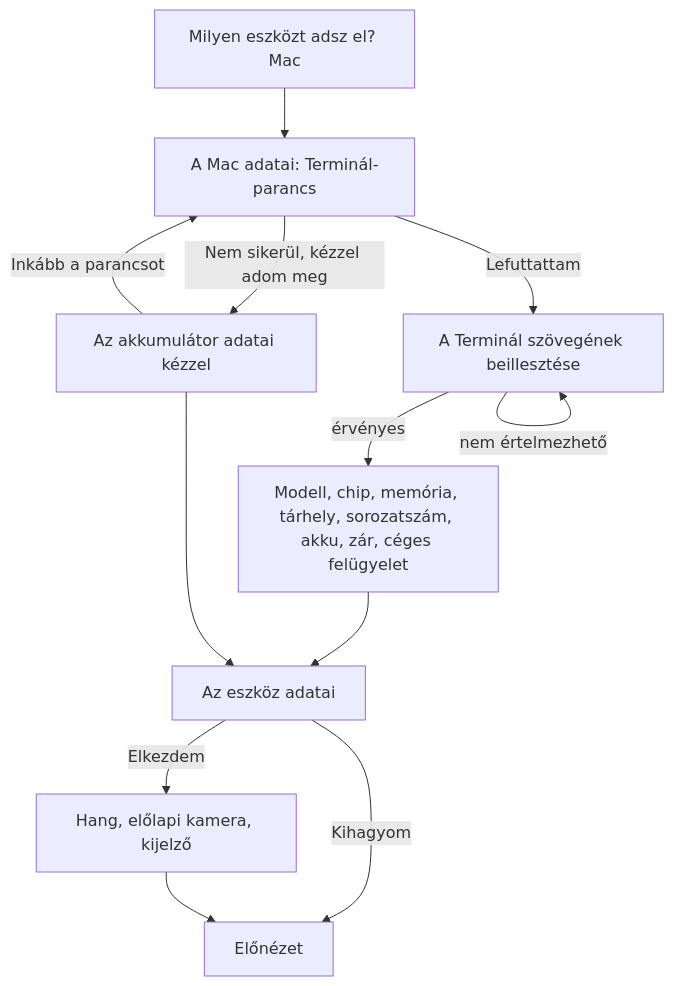
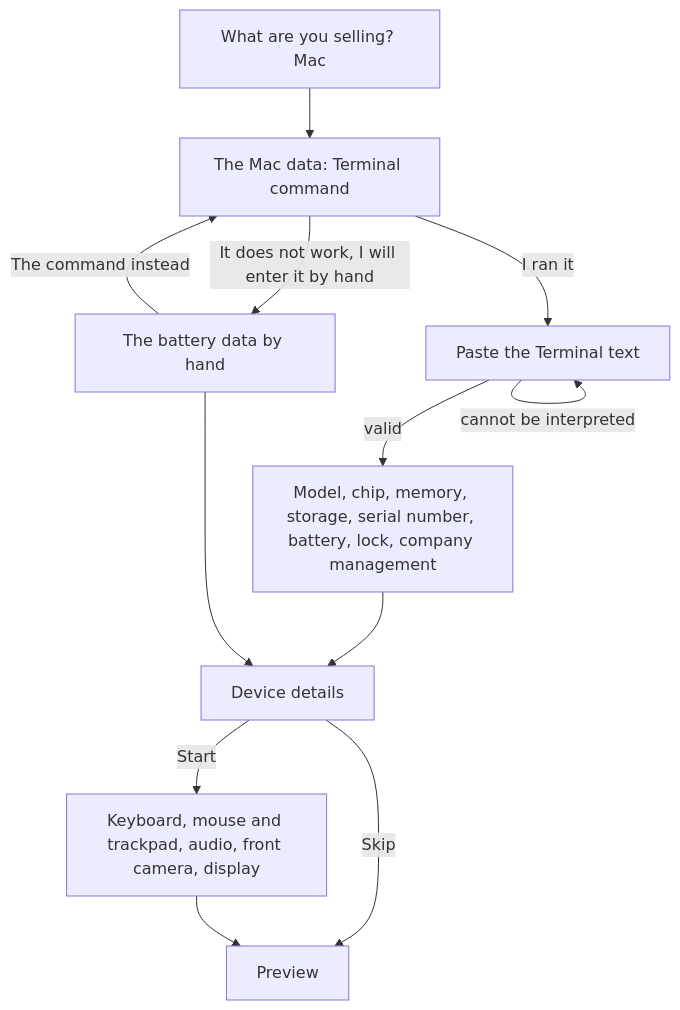
One commit to krisz0722/ipad-audit changed the fifth of 7 diagrams in docs/flows.en.md. Above: the diagram before and after it, drawn with Mermaid. The commit also changed other lines of this file and 1 other file, not shown here.

First line of the commit message:
docs: document the Mac tests and translate the English diagrams

````diff
--- a/docs/flows.en.md
+++ b/docs/flows.en.md
@@ -137,14 +140,14 @@
 ```mermaid
 flowchart TD
-  K["Milyen eszközt adsz el? Mac"] --> MR["A Mac adatai: Terminál-parancs"]
-  MR -->|"Lefuttattam"| MP["A Terminál szövegének beillesztése"]
-  MR -->|"Nem sikerül, kézzel adom meg"| MM["Az akkumulátor adatai kézzel"]
-  MM -->|"Inkább a parancsot"| MR
-  MP -->|"nem értelmezhető"| MP
-  MP -->|"érvényes"| MRES["Modell, chip, memória, tárhely, sorozatszám, akku, zár, céges felügyelet"]
-  MRES --> D["Az eszköz adatai"]
+  K["What are you selling? Mac"] --> MR["The Mac data: Terminal command"]
+  MR -->|"I ran it"| MP["Paste the Terminal text"]
+  MR -->|"It does not work, I will enter it by hand"| MM["The battery data by hand"]
+  MM -->|"The command instead"| MR
+  MP -->|"cannot be interpreted"| MP
+  MP -->|"valid"| MRES["Model, chip, memory, storage, serial number, battery, lock, company management"]
+  MRES --> D["Device details"]
   MM --> D
-  D -->|"Elkezdem"| HW["Hang, előlapi kamera, kijelző"]
-  D -->|"Kihagyom"| R["Előnézet"]
+  D -->|"Start"| HW["Keyboard, mouse and trackpad, audio, front camera, display"]
+  D -->|"Skip"| R["Preview"]
   HW --> R
 ```
````
